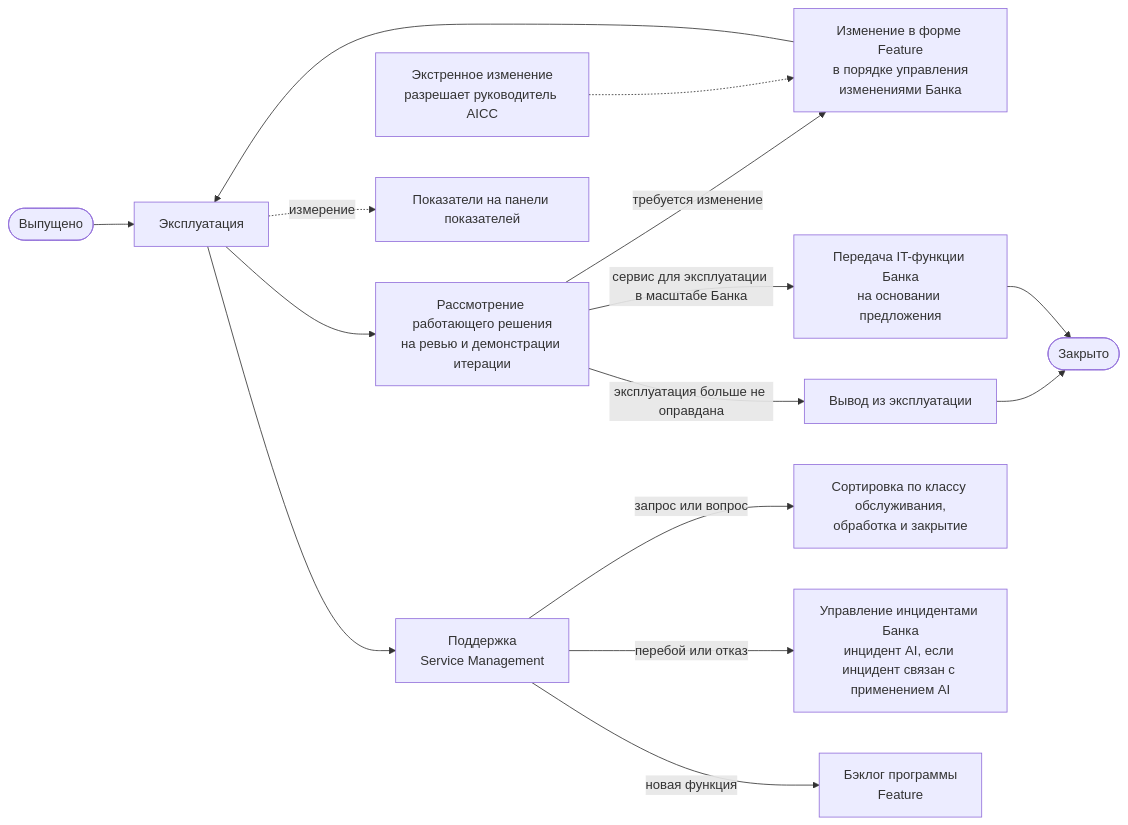
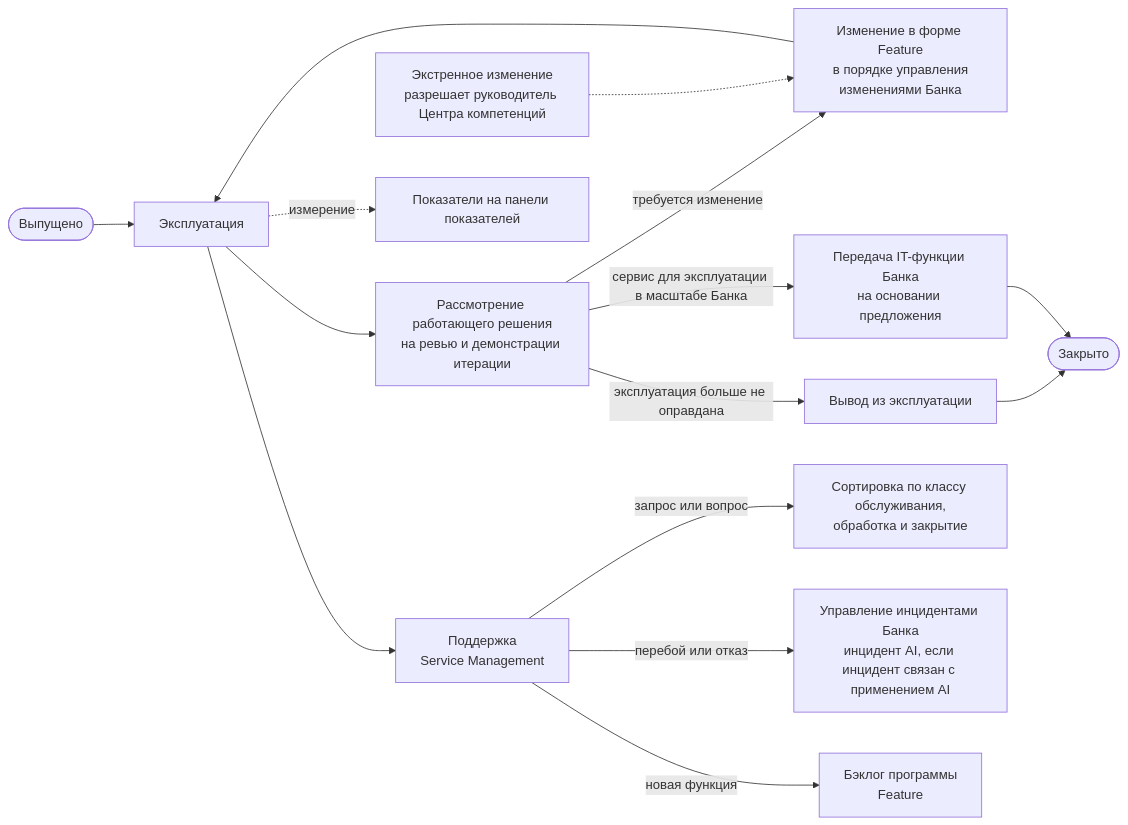
The ninth of 10 diagrams in charter/ru/workflows/service-delivery.md (devhogu/ob-aicc), drawn with Mermaid before and after one commit. The commit also changed other lines of this file and 1149 other files, not shown here.

````diff
--- a/charter/ru/workflows/service-delivery.md
+++ b/charter/ru/workflows/service-delivery.md
@@ -269,17 +269,17 @@
 ```mermaid
 flowchart LR
   R(["Выпущено"]) --> O["Эксплуатация"]
   O --> RV["Рассмотрение работающего решения<br/>на ревью и демонстрации итерации"]
   RV -->|"требуется изменение"| C["Изменение в форме Feature<br/>в порядке управления<br/>изменениями Банка"]
   C --> O
-  EM["Экстренное изменение<br/>разрешает руководитель AICC"] -.-> C
+  EM["Экстренное изменение<br/>разрешает руководитель Центра компетенций"] -.-> C
   RV -->|"эксплуатация больше не оправдана"| X["Вывод из эксплуатации"]
   X --> Z(["Закрыто"])
   RV -->|"сервис для эксплуатации в масштабе Банка"| HO["Передача IT-функции Банка<br/>на основании предложения"]
   HO --> Z
   O -.->|"измерение"| M["Показатели на панели показателей"]
   O --> SP["Поддержка<br/>Service Management"]
   SP -->|"запрос или вопрос"| H["Сортировка по классу обслуживания,<br/>обработка и закрытие"]
   SP -->|"перебой или отказ"| IM["Управление инцидентами Банка<br/>инцидент AI, если инцидент связан с применением AI"]
   SP -->|"новая функция"| PB["Бэклог программы<br/>Feature"]
 ```
````
